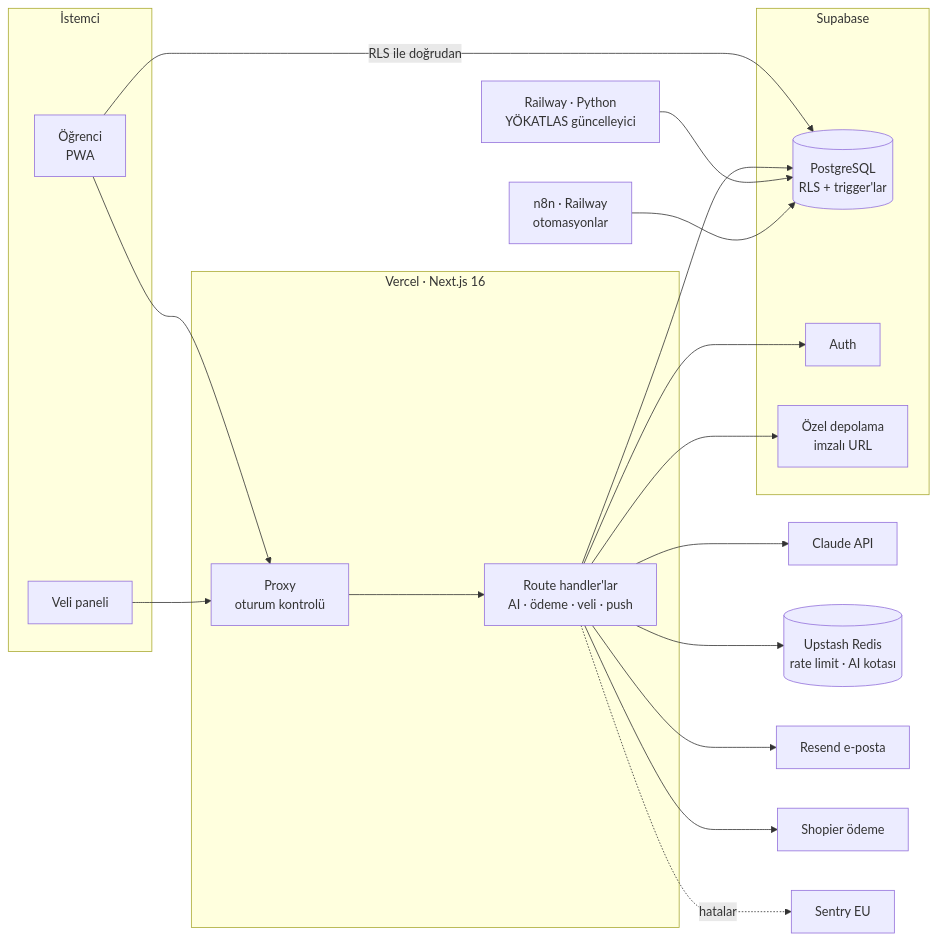
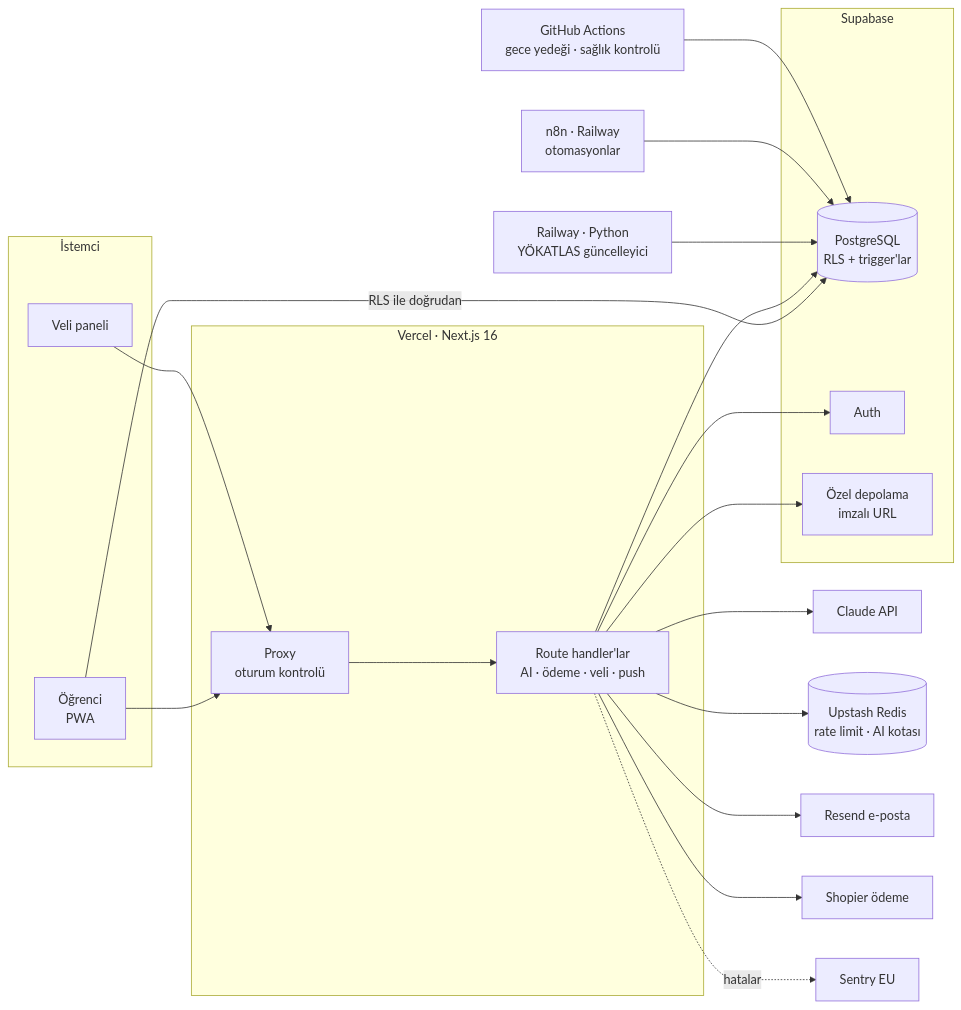
Before and after one commit to ayberkfurkan1212/SoruTakip-AI: the diagram in README.md, drawn with Mermaid. The commit also changed other lines of this file, not shown here.

````diff
--- a/README.md
+++ b/README.md
@@ -45,32 +51,33 @@
 ```mermaid
 flowchart LR
   subgraph İstemci
     O[Öğrenci<br/>PWA]
     V[Veli paneli]
   end
 
   subgraph Vercel["Vercel · Next.js 16"]
     P[Proxy<br/>oturum kontrolü]
     API[Route handler'lar<br/>AI · ödeme · veli · push]
   end
 
   subgraph Supabase
     DB[(PostgreSQL<br/>RLS + trigger'lar)]
     AUTH[Auth]
     ST[Özel depolama<br/>imzalı URL]
   end
 
   O --> P --> API
   V --> P
   O -- RLS ile doğrudan --> DB
   API --> DB
   API --> AUTH
   API --> ST
   API --> CL[Claude API]
   API --> R[(Upstash Redis<br/>rate limit · AI kotası)]
   API --> RS[Resend e-posta]
   API --> SH[Shopier ödeme]
   RW[Railway · Python<br/>YÖKATLAS güncelleyici] --> DB
   N8N[n8n · Railway<br/>otomasyonlar] --> DB
   API -. hatalar .-> SE[Sentry EU]
+  GA[GitHub Actions<br/>gece yedeği · sağlık kontrolü] --> DB
 ```
````
